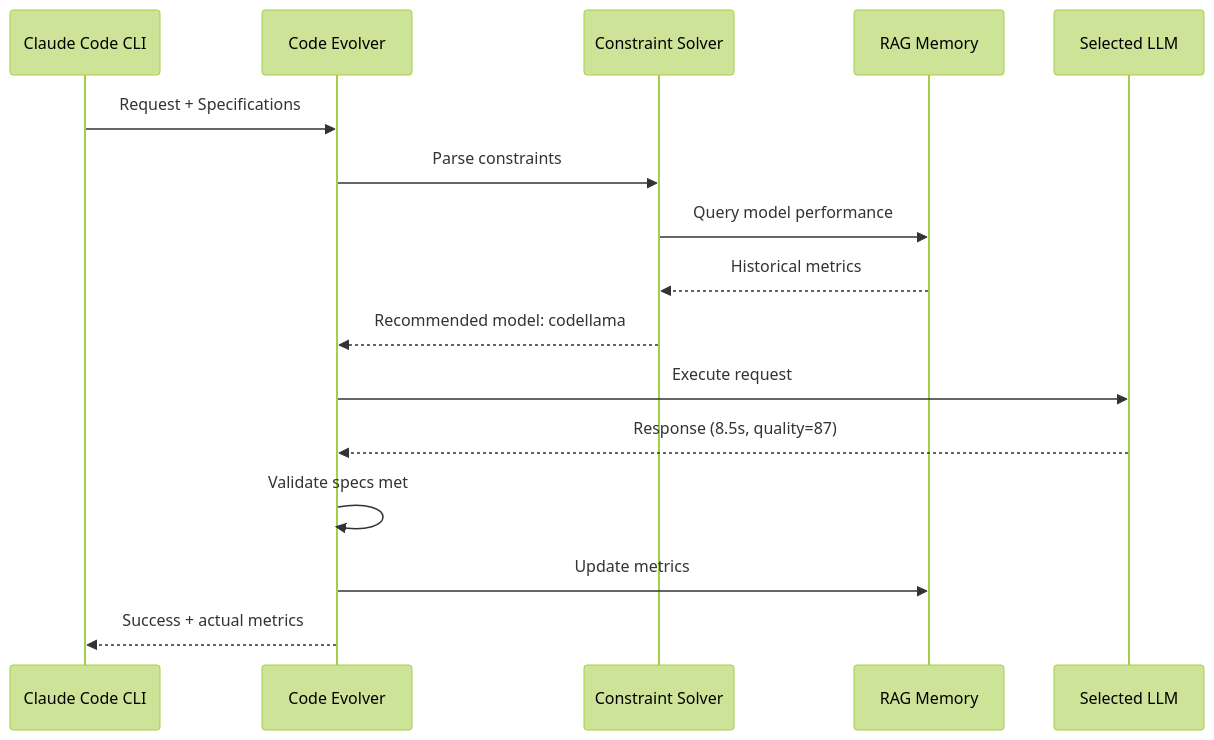
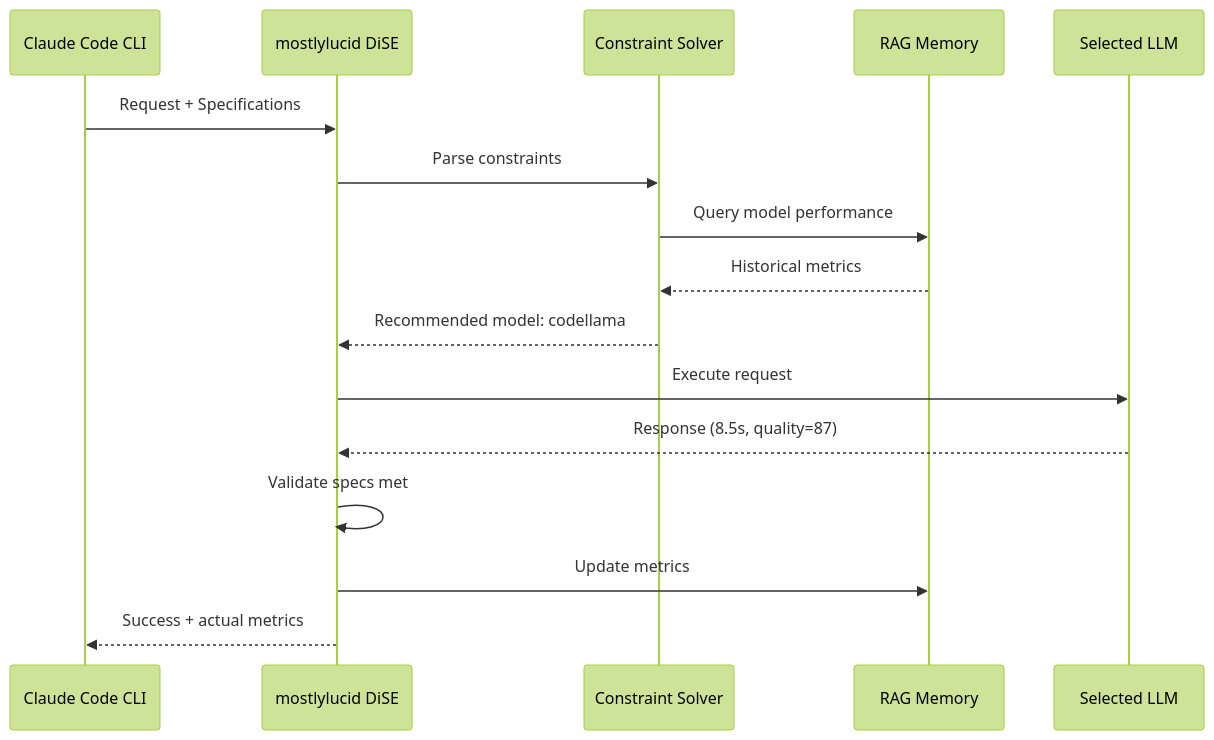
The second of 2 diagrams in code_evolver/SPECIFICATION_BASED_SELECTION.md (scottgal/mostlylucid.dse), drawn with Mermaid (forest theme) before and after one commit. The commit also changed other lines of this file and 137 other files, not shown here.

````diff
--- a/code_evolver/SPECIFICATION_BASED_SELECTION.md
+++ b/code_evolver/SPECIFICATION_BASED_SELECTION.md
@@ -350,19 +350,19 @@
 ```mermaid
 sequenceDiagram
     participant Claude as Claude Code CLI
-    participant CE as Code Evolver
+    participant CE as mostlylucid DiSE
     participant Solver as Constraint Solver
     participant RAG as RAG Memory
     participant LLM as Selected LLM
 
     Claude->>CE: Request + Specifications
     CE->>Solver: Parse constraints
     Solver->>RAG: Query model performance
     RAG-->>Solver: Historical metrics
     Solver-->>CE: Recommended model: codellama
     CE->>LLM: Execute request
     LLM-->>CE: Response (8.5s, quality=87)
     CE->>CE: Validate specs met
     CE->>RAG: Update metrics
     CE-->>Claude: Success + actual metrics
 ```
````
